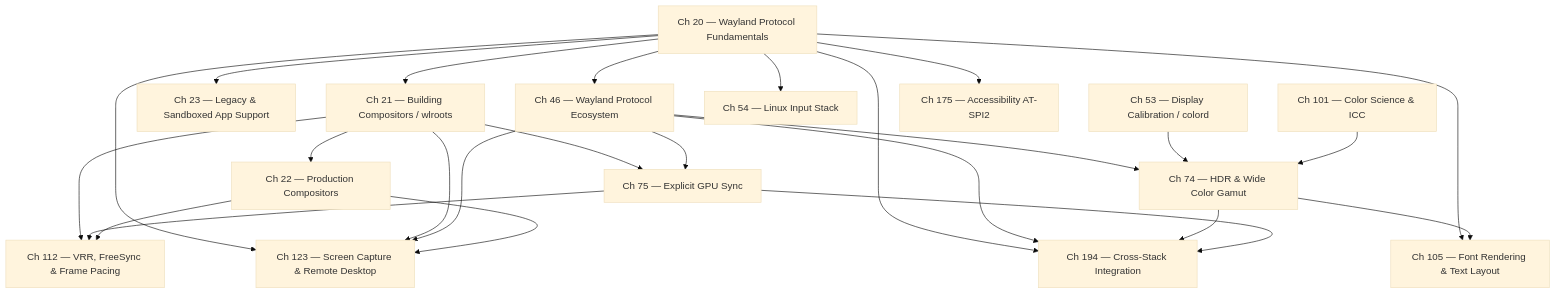
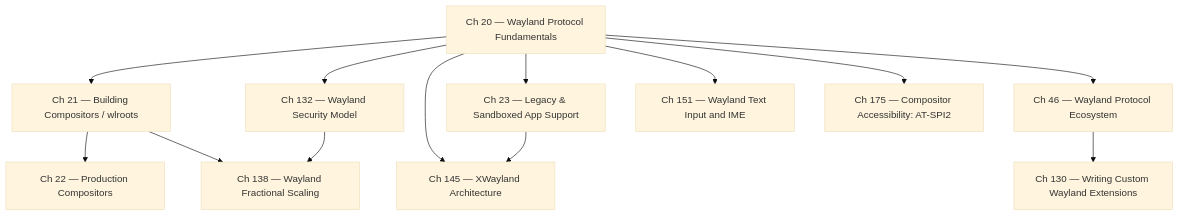
One commit to jreuben11/linux-graphics-stack-book changed the diagram in chapters/part-06a-wayland-compositor/part-intro.md. Above: the diagram before and after it, drawn with Mermaid (base theme). The commit also changed other lines of this file and 3 other files, not shown here.

````diff
--- a/chapters/part-06a-wayland-compositor/part-intro.md
+++ b/chapters/part-06a-wayland-compositor/part-intro.md
@@ -183,44 +155,27 @@
 ```mermaid
 graph TD
     CH20[Ch 20 — Wayland Protocol Fundamentals]
     CH21[Ch 21 — Building Compositors / wlroots]
     CH22[Ch 22 — Production Compositors]
     CH23[Ch 23 — Legacy & Sandboxed App Support]
     CH46[Ch 46 — Wayland Protocol Ecosystem]
-    CH53[Ch 53 — Display Calibration / colord]
-    CH54[Ch 54 — Linux Input Stack]
-    CH74[Ch 74 — HDR & Wide Color Gamut]
-    CH75[Ch 75 — Explicit GPU Sync]
-    CH101[Ch 101 — Color Science & ICC]
-    CH105[Ch 105 — Font Rendering & Text Layout]
-    CH112[Ch 112 — VRR, FreeSync & Frame Pacing]
-    CH123[Ch 123 — Screen Capture & Remote Desktop]
+    CH130[Ch 130 — Writing Custom Wayland Extensions]
+    CH132[Ch 132 — Wayland Security Model]
+    CH138[Ch 138 — Wayland Fractional Scaling]
+    CH145[Ch 145 — XWayland Architecture]
+    CH151[Ch 151 — Wayland Text Input and IME]
+    CH175[Ch 175 — Compositor Accessibility: AT-SPI2]
 
     CH20 --> CH21
     CH20 --> CH23
     CH20 --> CH46
-    CH20 --> CH54
-    CH20 --> CH105
-    CH20 --> CH123
+    CH20 --> CH132
+    CH20 --> CH145
+    CH20 --> CH151
+    CH20 --> CH175
     CH21 --> CH22
-    CH21 --> CH75
-    CH21 --> CH112
-    CH21 --> CH123
-    CH46 --> CH74
-    CH46 --> CH75
-    CH46 --> CH123
-    CH53 --> CH74
-    CH101 --> CH74
-    CH74 --> CH105
-    CH75 --> CH112
-    CH175[Ch 175 — Accessibility AT-SPI2]
-
-    CH20 --> CH175
-    CH22 --> CH112
-    CH22 --> CH123
-    CH194[Ch 194 — Cross-Stack Integration]
-    CH20 --> CH194
-    CH46 --> CH194
-    CH74 --> CH194
-    CH75 --> CH194
+    CH21 --> CH138
+    CH46 --> CH130
+    CH132 --> CH138
+    CH23 --> CH145
 ```
````
